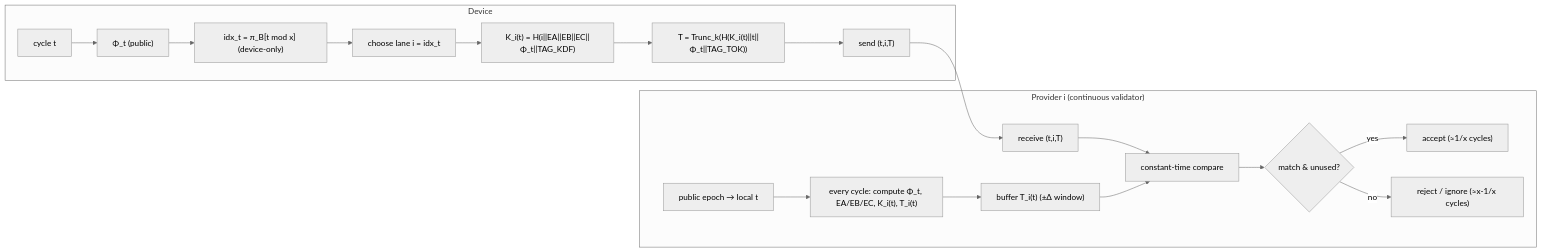
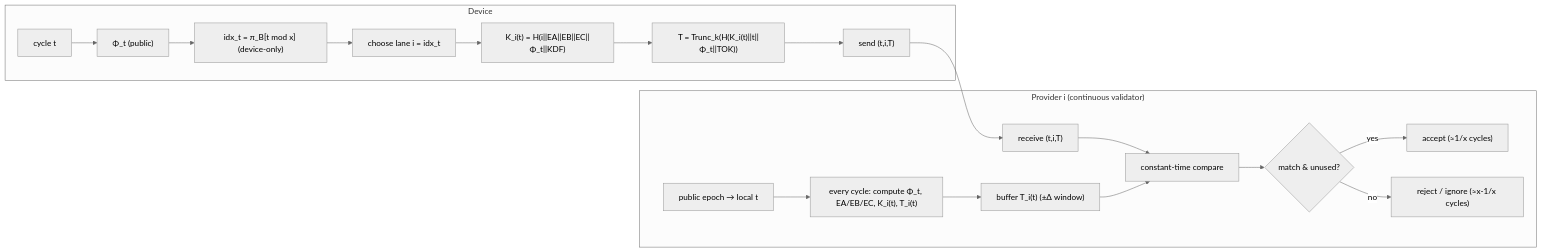
One commit to cekkr/phaselane-algorithm changed the ninth of 12 diagrams in papers/main-paper.md. Above: the diagram before and after it, drawn with Mermaid. The commit also changed other lines of this file, not shown here.

````diff
--- a/papers/main-paper.md
+++ b/papers/main-paper.md
@@ -616,24 +616,24 @@
 ```mermaid
 %%{init: {"theme":"neutral","flowchart":{"curve":"basis"}} }%%
 flowchart LR
   subgraph Device
     t["cycle t"] --> Phi["Φ_t (public)"]
     Phi --> Perm["idx_t = π_B[t mod x] (device-only)"]
     Perm --> Lane["choose lane i = idx_t"]
-    Lane --> Ki["K_i(t) = H(i||EA||EB||EC||Φ_t||TAG_KDF)"]
-    Ki --> Tok["T = Trunc_k(H(K_i(t)||t||Φ_t||TAG_TOK))"]
+    Lane --> Ki["K_i(t) = H(i||EA||EB||EC||Φ_t||KDF)"]
+    Ki --> Tok["T = Trunc_k(H(K_i(t)||t||Φ_t||TOK))"]
     Tok --> Send["send (t,i,T)"]
   end
 
   subgraph Provider_i["Provider i (continuous validator)"]
     Clock["public epoch → local t"] --> Loop["every cycle: compute Φ_t, EA/EB/EC, K_i(t), T_i(t)"]
     Loop --> Buf["buffer T_i(t) (±Δ window)"]
     Rx["receive (t,i,T)"] --> Cmp["constant-time compare"]
     Buf --> Cmp
     Cmp --> Match{"match & unused?"}
     Match -->|yes| Accept["accept (≈1/x cycles)"]
     Match -->|no| Reject["reject / ignore (≈x-1/x cycles)"]
   end
 
   Send --> Rx
 ```
````
